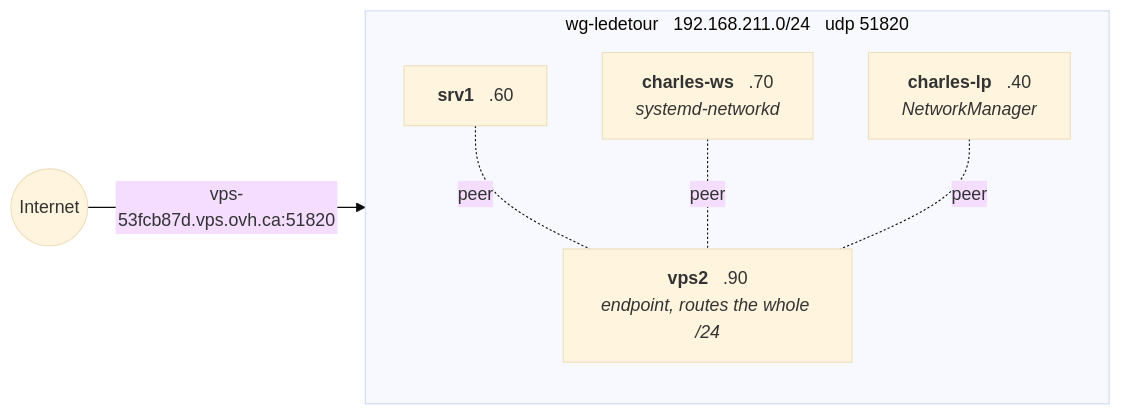
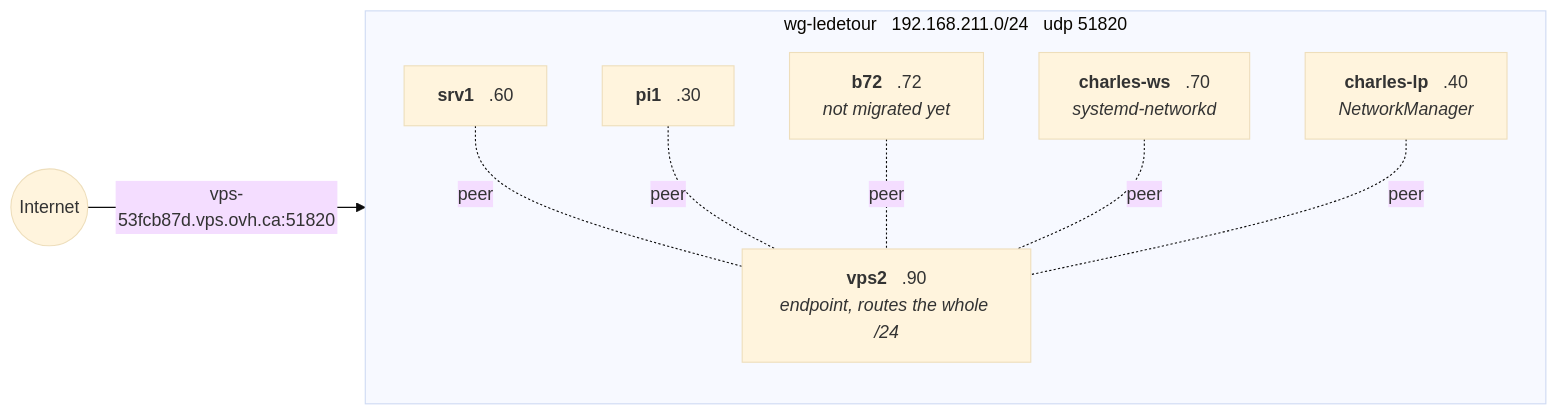
One commit to epicerieledetour/ansible-automation changed the first of 2 diagrams in README.md. Above: the diagram before and after it, drawn with Mermaid (base theme). The commit also changed other lines of this file and 43 other files, not shown here.

````diff
--- a/README.md
+++ b/README.md
@@ -79,18 +60,22 @@
 ```mermaid
 flowchart LR
     internet(("Internet"))
 
     subgraph wg["wg-ledetour &nbsp; 192.168.211.0/24 &nbsp; udp 51820"]
         direction TB
         vps2["<b>vps2</b> &nbsp; .90<br/><i>endpoint, routes the whole /24</i>"]
         srv1["<b>srv1</b> &nbsp; .60"]
+        pi1["<b>pi1</b> &nbsp; .30"]
+        b72["<b>b72</b> &nbsp; .72<br/><i>not migrated yet</i>"]
         ws["<b>charles-ws</b> &nbsp; .70<br/><i>systemd-networkd</i>"]
         lp["<b>charles-lp</b> &nbsp; .40<br/><i>NetworkManager</i>"]
     end
 
     internet -->|"vps-53fcb87d.vps.ovh.ca:51820"| vps2
 
     srv1 -. peer .- vps2
+    pi1 -. peer .- vps2
+    b72 -. peer .- vps2
     ws -. peer .- vps2
     lp -. peer .- vps2
 ```
````
